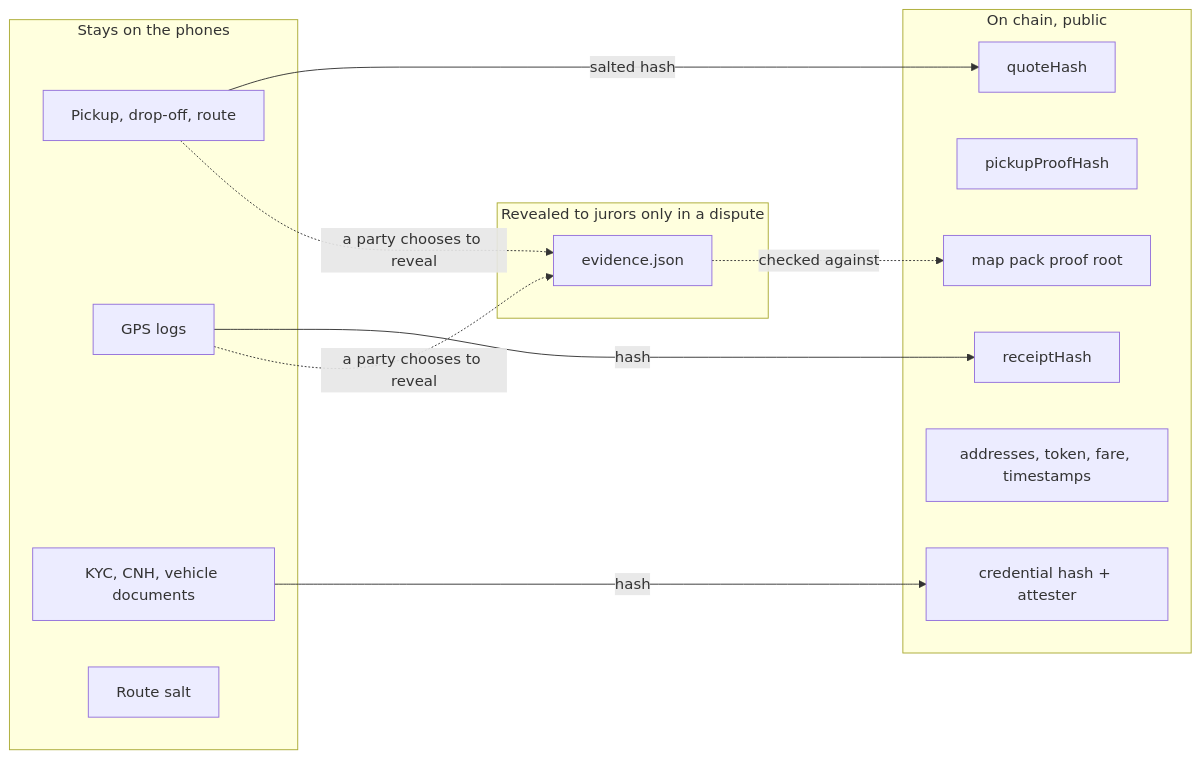
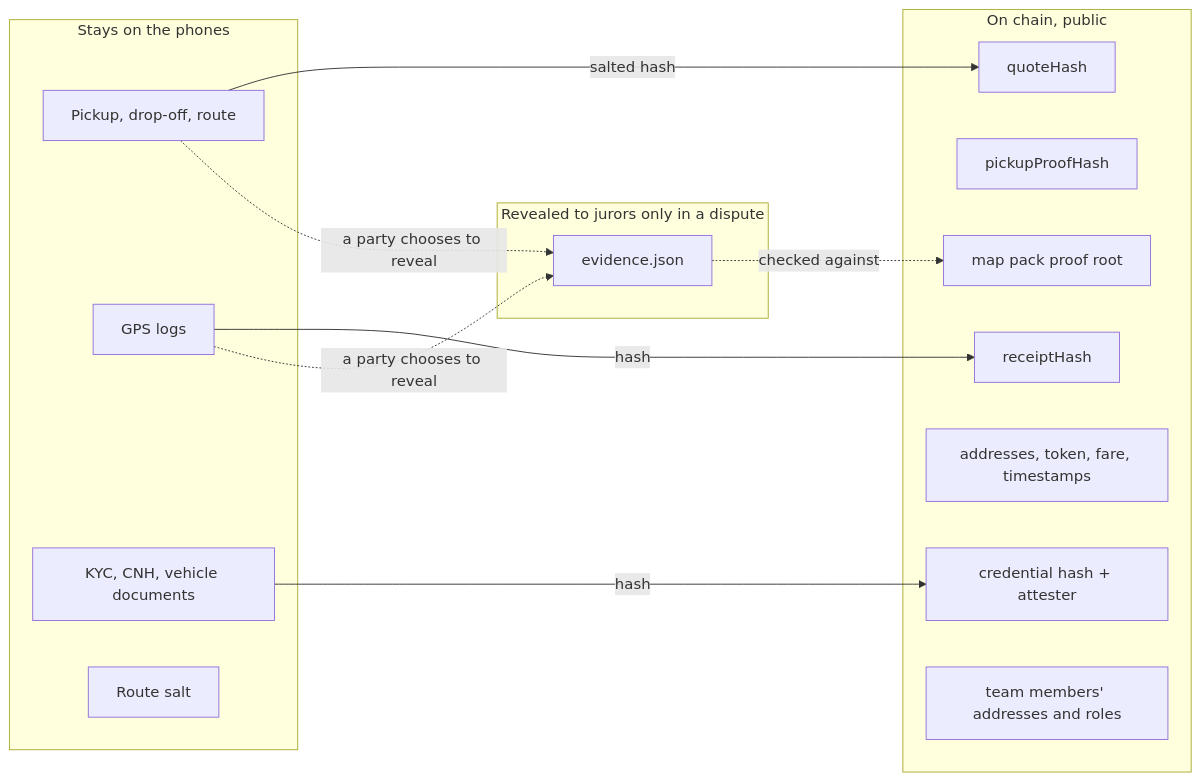
One commit to MuriloSchaefer/klippelgo changed the fourth of 4 diagrams in contracts/docs/security.md. Above: the diagram before and after it, drawn with Mermaid. The commit also changed other lines of this file and 34 other files, not shown here.

````diff
--- a/contracts/docs/security.md
+++ b/contracts/docs/security.md
@@ -117,25 +159,26 @@
 ```mermaid
 flowchart LR
     subgraph phone [Stays on the phones]
         places[Pickup, drop-off, route]
         gps[GPS logs]
         docs[KYC, CNH, vehicle documents]
         salt[Route salt]
     end
     subgraph chain [On chain, public]
         qh[quoteHash]
         ph[pickupProofHash]
         rh[receiptHash]
         ch[credential hash + attester]
         addr[addresses, token, fare, timestamps]
         root[map pack proof root]
+        team[team members' addresses and roles]
     end
     subgraph jurors [Revealed to jurors only in a dispute]
         ev[evidence.json]
     end
     places -- salted hash --> qh
     gps -- hash --> rh
     docs -- hash --> ch
     places & gps -. a party chooses to reveal .-> ev
     ev -. checked against .-> root
 ```
````
